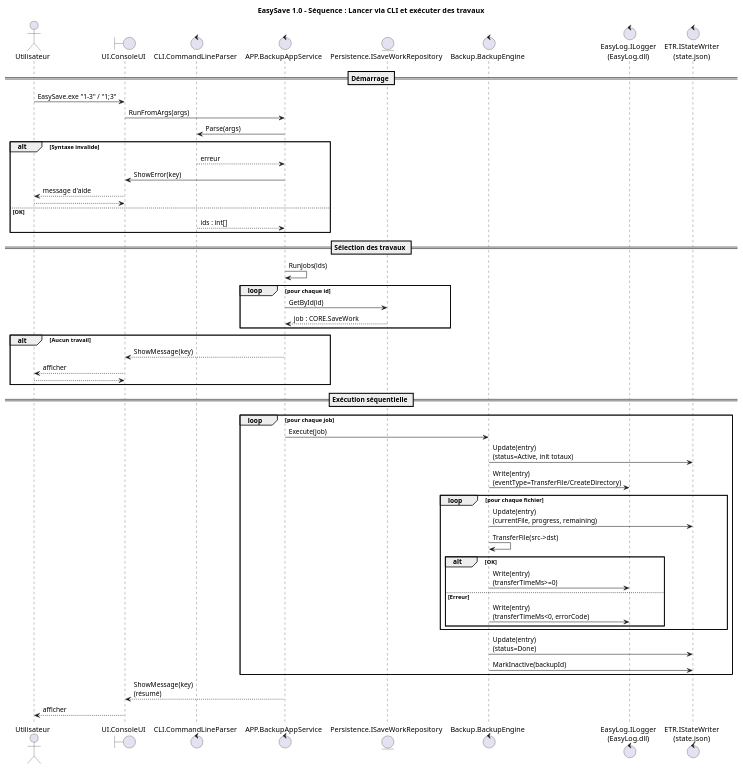
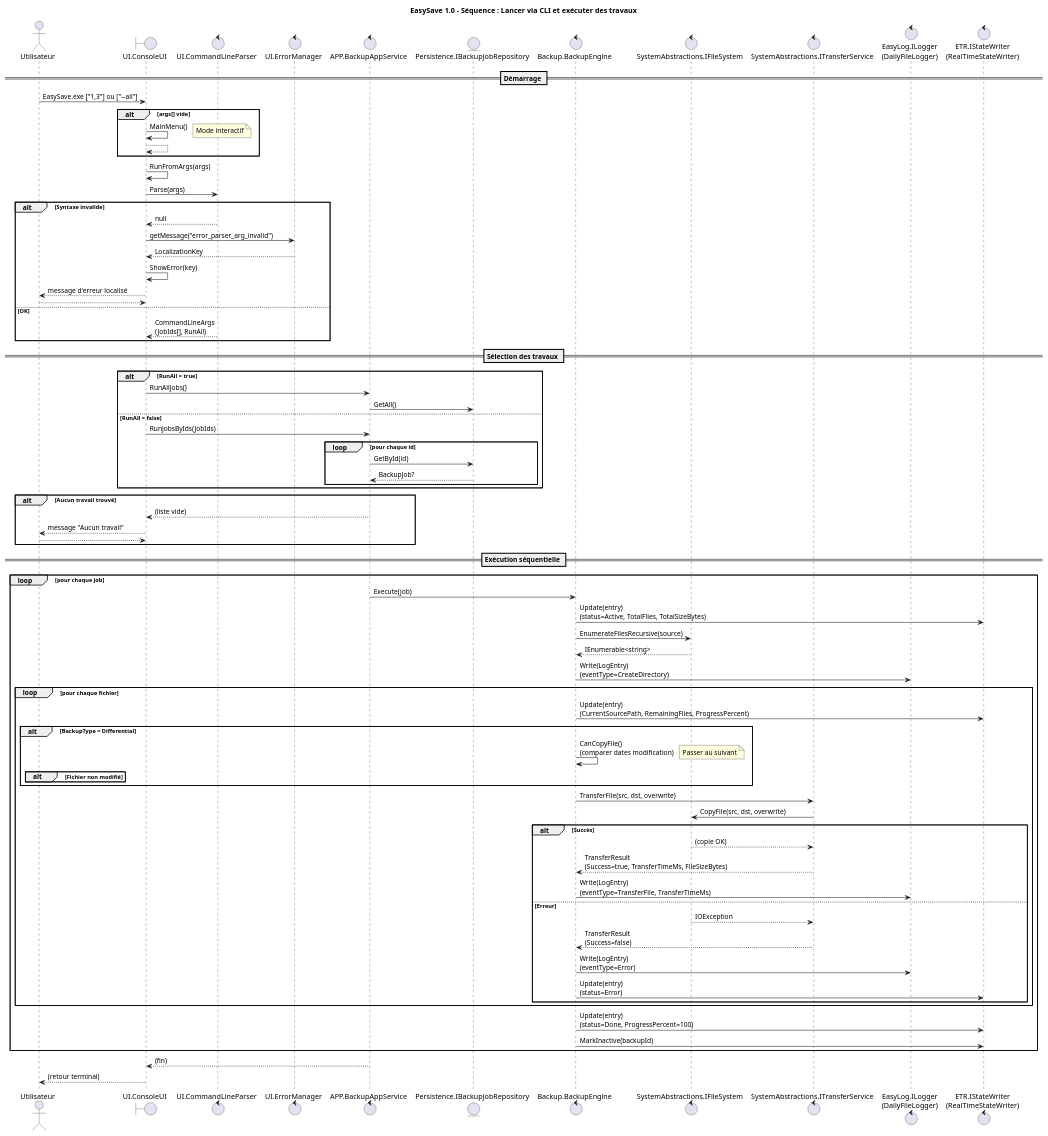
Before and after one commit to ant0rbtll/EasySave: the diagram in docs/sequence.puml, drawn with PlantUML. The commit also changed 4 other files, not shown here.

Commit message:
nouvel UML (#54)

```diff
--- a/docs/sequence.puml
+++ b/docs/sequence.puml
@@ -1,65 +1,99 @@
 @startuml
 title EasySave 1.0 - Séquence : Lancer via CLI et exécuter des travaux
 
 actor Utilisateur as User
 boundary "UI.ConsoleUI" as UI
-control "CLI.CommandLineParser" as Parser
+control "UI.CommandLineParser" as Parser
+control "UI.ErrorManager" as ErrorMgr
 control "APP.BackupAppService" as App
-entity "Persistence.ISaveWorkRepository" as Repo
+entity "Persistence.IBackupJobRepository" as Repo
 control "Backup.BackupEngine" as Engine
-control "EasyLog.ILogger\n(EasyLog.dll)" as Log
-control "ETR.IStateWriter\n(state.json)" as State
+control "SystemAbstractions.IFileSystem" as FileSystem
+control "SystemAbstractions.ITransferService" as Transfer
+control "EasyLog.ILogger\n(DailyFileLogger)" as Log
+control "ETR.IStateWriter\n(RealTimeStateWriter)" as State
 
 == Démarrage ==
-User -> UI : EasySave.exe "1-3" / "1;3"
-UI -> App : RunFromArgs(args)
-App -> Parser : Parse(args)
+User -> UI : EasySave.exe ["1,3"] ou ["--all"]
+
+alt args[] vide
+  UI -> UI : MainMenu()
+  note right: Mode interactif
+  return
+end
+
+UI -> UI : RunFromArgs(args)
+UI -> Parser : Parse(args)
 
 alt Syntaxe invalide
-  Parser --> App : erreur
-  App -> UI : ShowError(key)
-  UI --> User : message d'aide
+  Parser --> UI : null
+  UI -> ErrorMgr : getMessage("error_parser_arg_invalid")
+  ErrorMgr --> UI : LocalizationKey
+  UI -> UI : ShowError(key)
+  UI --> User : message d'erreur localisé
   return
 else OK
-  Parser --> App : ids : int[]
+  Parser --> UI : CommandLineArgs\n(JobIds[], RunAll)
 end
 
 == Sélection des travaux ==
-App -> App : RunJobs(ids)
-
-loop pour chaque id
-  App -> Repo : GetById(id)
-  Repo --> App : job : CORE.SaveWork
+alt RunAll = true
+  UI -> App : RunAllJobs()
+  App -> Repo : GetAll()
+else RunAll = false
+  UI -> App : RunJobsByIds(JobIds)
+  loop pour chaque id
+    App -> Repo : GetById(id)
+    Repo --> App : BackupJob?
+  end
 end
 
-alt Aucun travail
-  App --> UI : ShowMessage(key)
-  UI --> User : afficher
+alt Aucun travail trouvé
+  App --> UI : (liste vide)
+  UI --> User : message "Aucun travail"
   return
 end
 
 == Exécution séquentielle ==
 loop pour chaque job
   App -> Engine : Execute(job)
 
-  Engine -> State : Update(entry)\n(status=Active, init totaux)
-  Engine -> Log : Write(entry)\n(eventType=TransferFile/CreateDirectory)
+  Engine -> State : Update(entry)\n(status=Active, TotalFiles, TotalSizeBytes)
+  Engine -> FileSystem : EnumerateFilesRecursive(source)
+  FileSystem --> Engine : IEnumerable<string>
+  
+  Engine -> Log : Write(LogEntry)\n(eventType=CreateDirectory)
 
   loop pour chaque fichier
-    Engine -> State : Update(entry)\n(currentFile, progress, remaining)
-    Engine -> Engine : TransferFile(src->dst)
-    alt OK
-      Engine -> Log : Write(entry)\n(transferTimeMs>=0)
+    Engine -> State : Update(entry)\n(CurrentSourcePath, RemainingFiles, ProgressPercent)
+    
+    alt BackupType = Differential
+      Engine -> Engine : CanCopyFile()\n(comparer dates modification)
+      alt Fichier non modifié
+        note right: Passer au suivant
+      end
+    end
+    
+    Engine -> Transfer : TransferFile(src, dst, overwrite)
+    Transfer -> FileSystem : CopyFile(src, dst, overwrite)
+    
+    alt Succès
+      FileSystem --> Transfer : (copie OK)
+      Transfer --> Engine : TransferResult\n(Success=true, TransferTimeMs, FileSizeBytes)
+      Engine -> Log : Write(LogEntry)\n(eventType=TransferFile, TransferTimeMs)
     else Erreur
-      Engine -> Log : Write(entry)\n(transferTimeMs<0, errorCode)
+      FileSystem --> Transfer : IOException
+      Transfer --> Engine : TransferResult\n(Success=false)
+      Engine -> Log : Write(LogEntry)\n(eventType=Error)
+      Engine -> State : Update(entry)\n(status=Error)
     end
   end
 
-  Engine -> State : Update(entry)\n(status=Done)
+  Engine -> State : Update(entry)\n(status=Done, ProgressPercent=100)
   Engine -> State : MarkInactive(backupId)
 end
 
-App --> UI : ShowMessage(key)\n(résumé)
-UI --> User : afficher
+App --> UI : (fin)
+UI --> User : (retour terminal)
 
 @enduml
```
